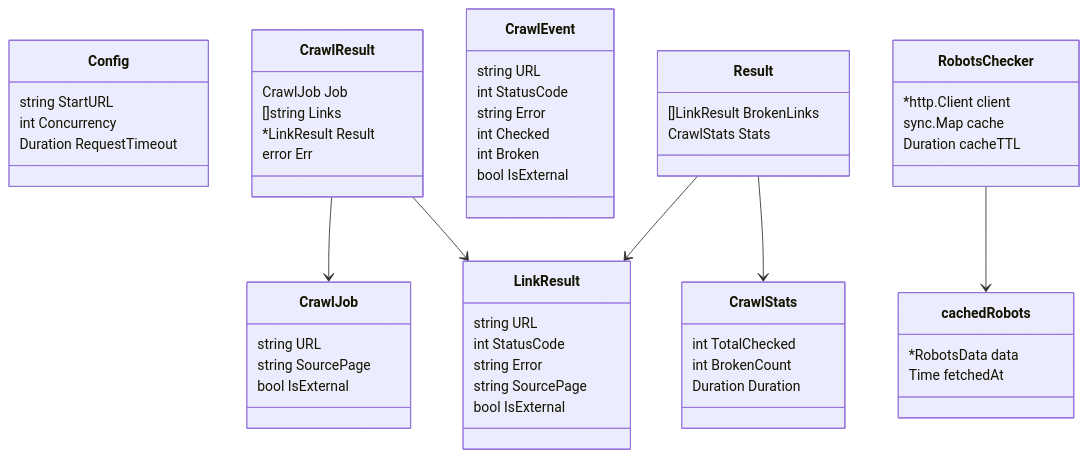
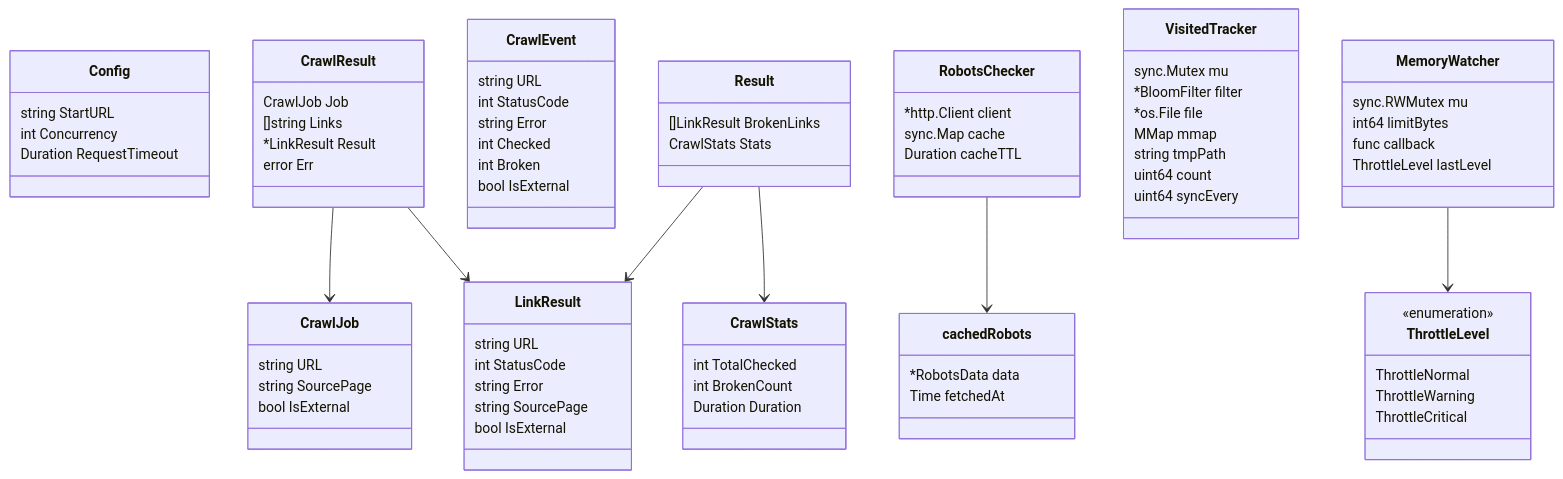
One commit to lukemcguire/vibraphone-template changed the fourth of 6 diagrams in docs/ARCHITECTURE.md. Above: the diagram before and after it, drawn with Mermaid. The commit also changed other lines of this file and 11 other files, not shown here.

First line of the commit message:
feat(crawler): add disk-backed bloom filter and memory monitoring

````diff
--- a/docs/ARCHITECTURE.md
+++ b/docs/ARCHITECTURE.md
@@ -92,57 +98,79 @@
 ```mermaid
 classDiagram
     class Config {
         string StartURL
         int Concurrency
         Duration RequestTimeout
     }
     class CrawlJob {
         string URL
         string SourcePage
         bool IsExternal
     }
     class CrawlResult {
         CrawlJob Job
         []string Links
         *LinkResult Result
         error Err
     }
     class CrawlEvent {
         string URL
         int StatusCode
         string Error
         int Checked
         int Broken
         bool IsExternal
     }
     class LinkResult {
         string URL
         int StatusCode
         string Error
         string SourcePage
         bool IsExternal
     }
     class CrawlStats {
         int TotalChecked
         int BrokenCount
         Duration Duration
     }
     class Result {
         []LinkResult BrokenLinks
         CrawlStats Stats
     }
     class RobotsChecker {
         *http.Client client
         sync.Map cache
         Duration cacheTTL
     }
     class cachedRobots {
         *RobotsData data
         Time fetchedAt
     }
+    class VisitedTracker {
+        sync.Mutex mu
+        *BloomFilter filter
+        *os.File file
+        MMap mmap
+        string tmpPath
+        uint64 count
+        uint64 syncEvery
+    }
+    class MemoryWatcher {
+        sync.RWMutex mu
+        int64 limitBytes
+        func callback
+        ThrottleLevel lastLevel
+    }
+    class ThrottleLevel {
+        <<enumeration>>
+        ThrottleNormal
+        ThrottleWarning
+        ThrottleCritical
+    }
     CrawlResult --> CrawlJob
     CrawlResult --> LinkResult
     Result --> LinkResult
     Result --> CrawlStats
     RobotsChecker --> cachedRobots
+    MemoryWatcher --> ThrottleLevel
 ```
````
